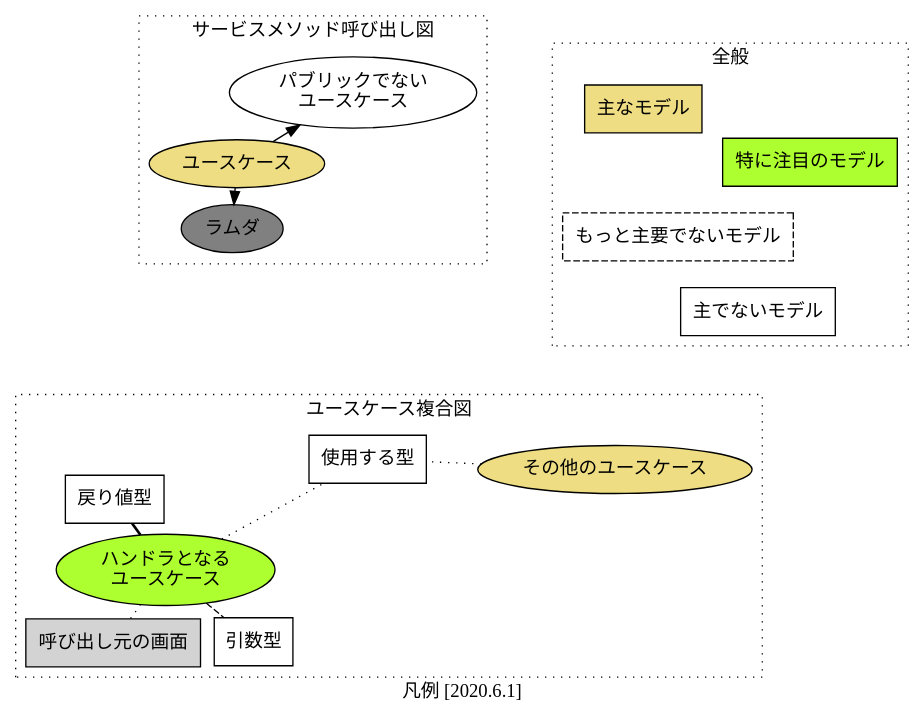
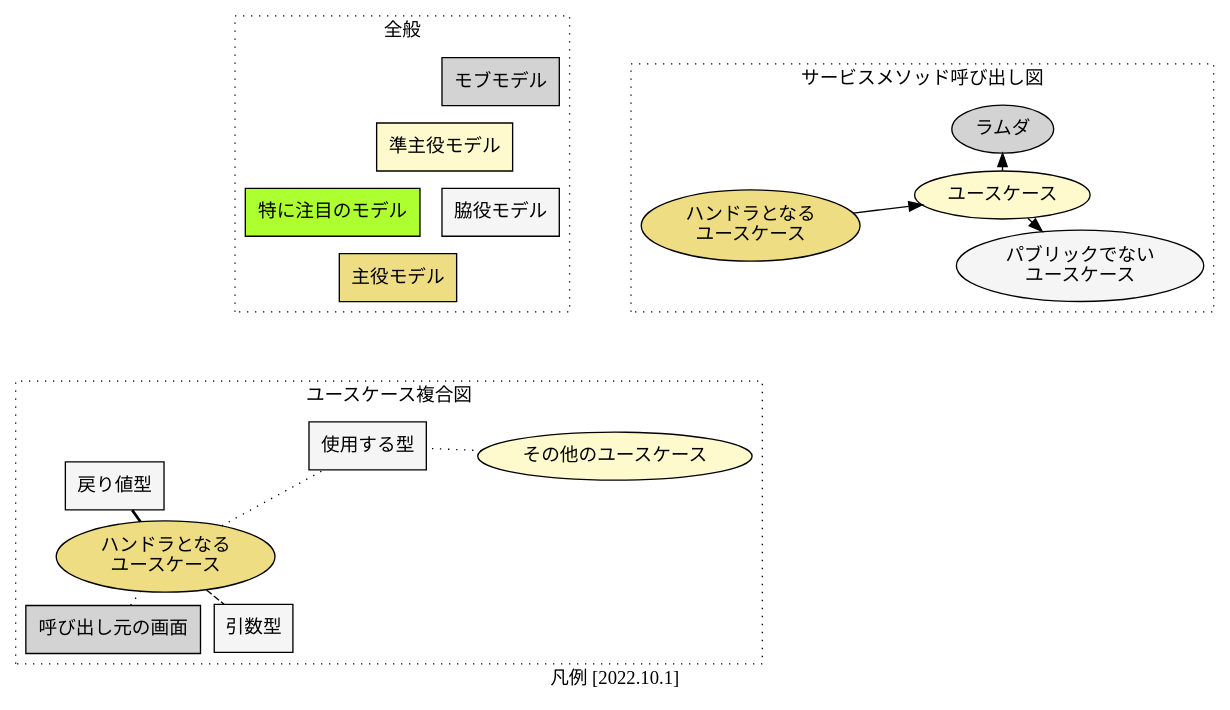
One commit to dddjava/jig changed the diagram in docs/legend.gv. Above: the diagram before and after it, drawn with Graphviz.

Commit message:
凡例を更新

```diff
--- a/docs/legend.gv
+++ b/docs/legend.gv
@@ -1,47 +1,50 @@
 digraph {
     layout = fdp;
-    label = "凡例 [2020.6.1]";
+    label = "凡例 [2022.10.1]";
     style = dotted
     node [shape = box,style = filled,fillcolor = lightgoldenrod];
 
     subgraph cluster_models {
     edge [color = none,arrowhead = none];
     label = "全般"
 
     highlightModel [label = "特に注目のモデル", fillcolor = greenyellow];
-    model [label = "主なモデル"];
-    other1 [label = "主でないモデル", style = solid, fillcolor = whitesmoke];
-    other2 [label = "もっと主要でないモデル", style = dashed, fillcolor = whitesmoke];
+    firstModel [label = "主役モデル"];
+    secondModel [label = "準主役モデル", fillcolor = lemonchiffon];
+    thirdModel [label = "脇役モデル", fillcolor = whitesmoke];
+    mobModel [label = "モブモデル", fillcolor = lightgray];
     }
 
     subgraph cluster1 {
     label = "サービスメソッド呼び出し図"
 
-    usecase [label = "ユースケース", shape = ellipse];
-    nonPublicUsecase [label = "パブリックでない\nユースケース", fillcolor = black, style = solid, shape = ellipse];
-    lambda [label = "ラムダ", shape = ellipse, fillcolor = gray];
+    entrypointUsecase [label = "ハンドラとなる\nユースケース", shape = ellipse];
+    subUsecase [label = "ユースケース", fillcolor=lemonchiffon, shape = ellipse];
+    nonPublicUsecase [label = "パブリックでない\nユースケース", fillcolor = whitesmoke, shape = ellipse];
+    lambda [label = "ラムダ", shape = ellipse, fillcolor = lightgray];
 
-    usecase -> nonPublicUsecase
-    usecase -> lambda
+    entrypointUsecase -> subUsecase
+    subUsecase -> nonPublicUsecase
+    subUsecase -> lambda
     }
     subgraph cluster2 {
     label = "ユースケース複合図"
     edge [arrowhead = none];
 
-    handlerUsecase [label = "ハンドラとなる\nユースケース", fillcolor = greenyellow, shape = ellipse];
-    otherUsecase [label = "その他のユースケース", shape = ellipse];
+    handlerUsecase [label = "ハンドラとなる\nユースケース", shape = ellipse];
+    otherUsecase [label = "その他のユースケース", fillcolor = lemonchiffon, shape = ellipse];
 
-    screen [label = "呼び出し元の画面", shape = box, style = filled, fillcolor = lightgray];
-    returnModel [label = "戻り値型", style = solid, fillcolor = whitesmoke]
-    requireModel [label = "引数型", style = solid, fillcolor = whitesmoke]
-    usingModel [label = "使用する型", style = solid, fillcolor = whitesmoke]
+    screen [label = "呼び出し元の画面", fillcolor = lightgray];
+    returnModel [label = "戻り値型", fillcolor = whitesmoke]
+    requireModel [label = "引数型", fillcolor = whitesmoke]
+    usingModel [label = "使用する型", fillcolor = whitesmoke]
 
     screen -> handlerUsecase [style = dotted];
     handlerUsecase -> returnModel [style = bold];
     handlerUsecase -> requireModel [style = dashed];
     handlerUsecase -> usingModel [style = dotted];
 
     otherUsecase -> usingModel [style = dotted];
     }
 
 }
```
